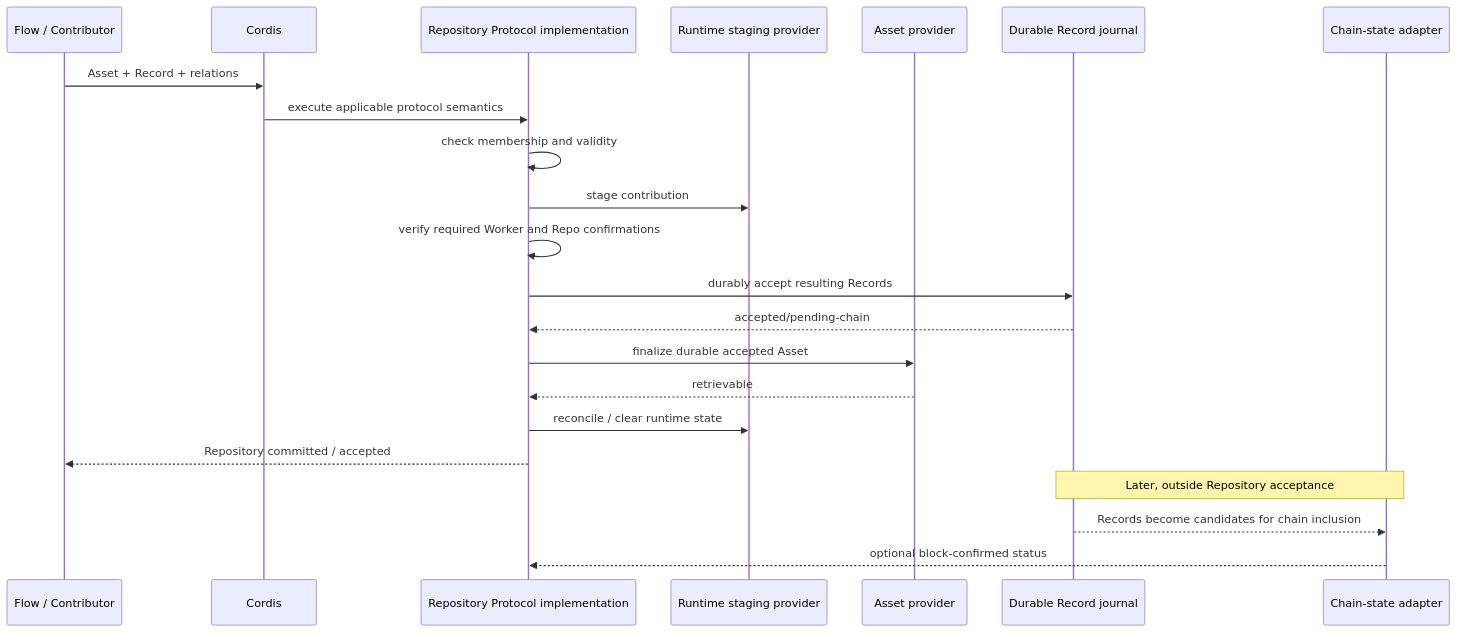
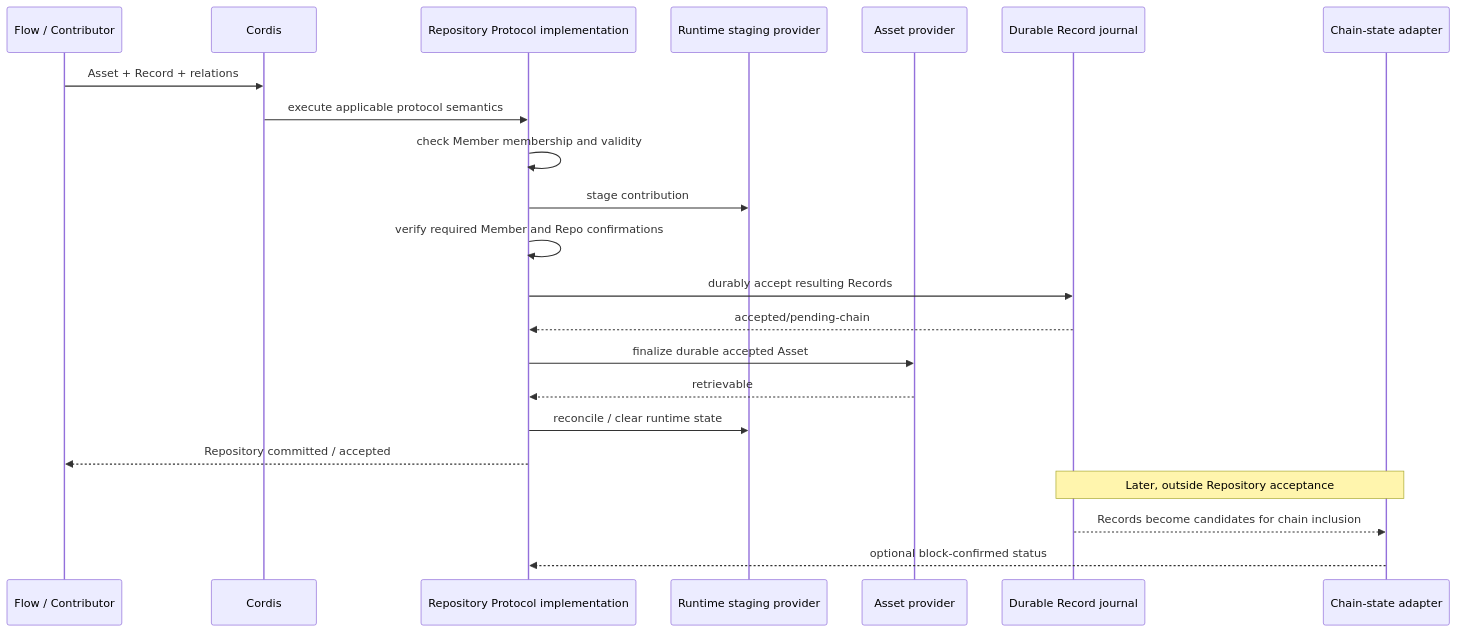
Before and after one commit to labourchain/repository: the fourth of 5 diagrams in docs/architecture.md, drawn with Mermaid. The commit also changed other lines of this file and 7 other files, not shown here.

First line of the commit message:
docs: align Member and Repo protocol composition

````diff
--- a/docs/architecture.md
+++ b/docs/architecture.md
@@ -238,26 +252,26 @@
 ```mermaid
 sequenceDiagram
     participant Consumer as Flow / Contributor
     participant Cordis as Cordis
     participant Protocol as Repository Protocol implementation
     participant Stage as Runtime staging provider
     participant Assets as Asset provider
     participant Journal as Durable Record journal
     participant Chain as Chain-state adapter
 
     Consumer->>Cordis: Asset + Record + relations
     Cordis->>Protocol: execute applicable protocol semantics
-    Protocol->>Protocol: check membership and validity
+    Protocol->>Protocol: check Member membership and validity
     Protocol->>Stage: stage contribution
-    Protocol->>Protocol: verify required Worker and Repo confirmations
+    Protocol->>Protocol: verify required Member and Repo confirmations
     Protocol->>Journal: durably accept resulting Records
     Journal-->>Protocol: accepted/pending-chain
     Protocol->>Assets: finalize durable accepted Asset
     Assets-->>Protocol: retrievable
     Protocol->>Stage: reconcile / clear runtime state
     Protocol-->>Consumer: Repository committed / accepted
 
     Note over Journal,Chain: Later, outside Repository acceptance
     Journal-->>Chain: Records become candidates for chain inclusion
     Chain-->>Protocol: optional block-confirmed status
 ```
````
